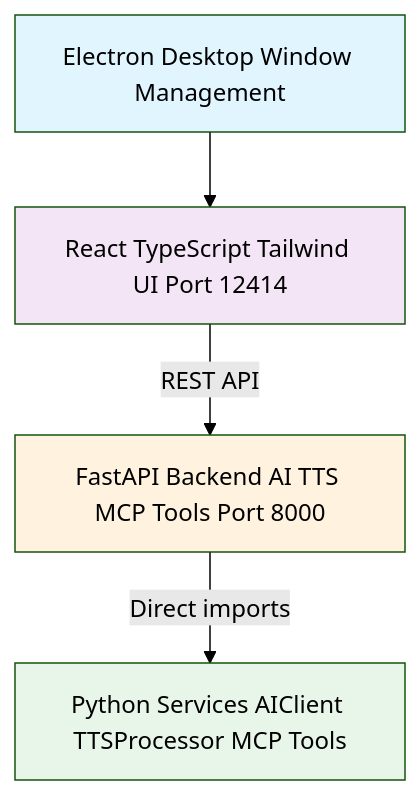
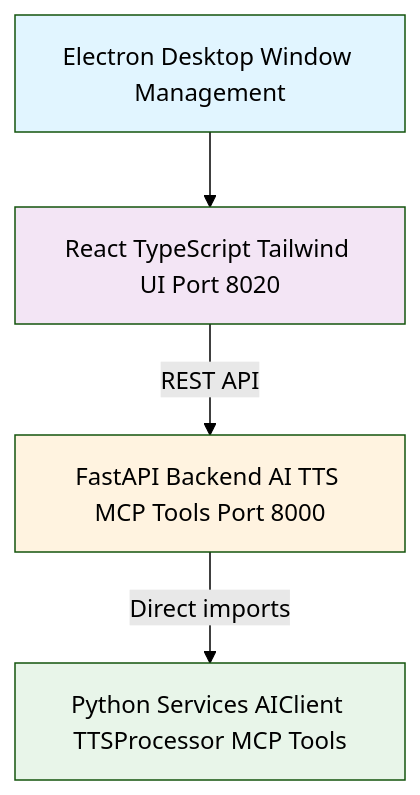
One commit to AmreetKumarkhuntia/knik changed the diagram in docs/guides/web-app.md. Above: the diagram before and after it, drawn with Mermaid (forest theme). The commit also changed other lines of this file and 226 other files, not shown here.

````diff
--- a/docs/guides/web-app.md
+++ b/docs/guides/web-app.md
@@ -9,11 +9,11 @@
 ```mermaid
 flowchart TD
-    A[Electron Desktop Window Management] --> B[React TypeScript Tailwind UI Port 12414]
+    A[Electron Desktop Window Management] --> B[React TypeScript Tailwind UI Port 8020]
     B -->|REST API| C[FastAPI Backend AI TTS MCP Tools Port 8000]
     C -->|Direct imports| D[Python Services AIClient TTSProcessor MCP Tools]
 
     style A fill:#e1f5ff
     style B fill:#f3e5f5
     style C fill:#fff3e0
     style D fill:#e8f5e9
 ```
````
